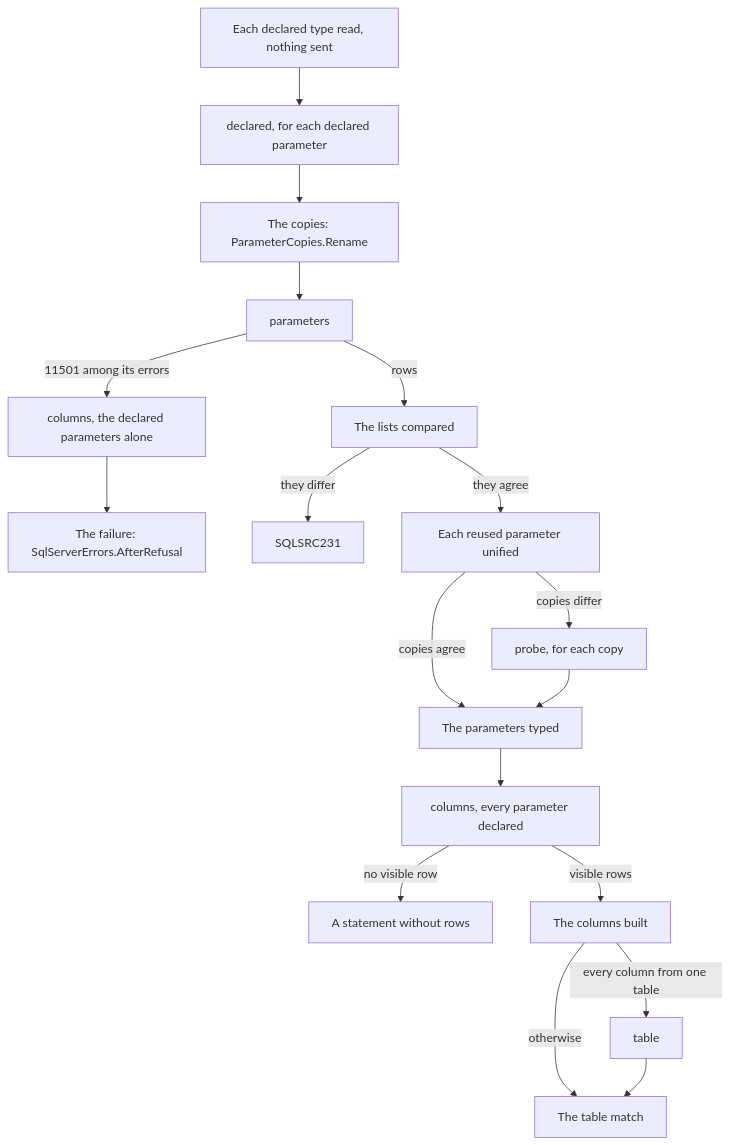
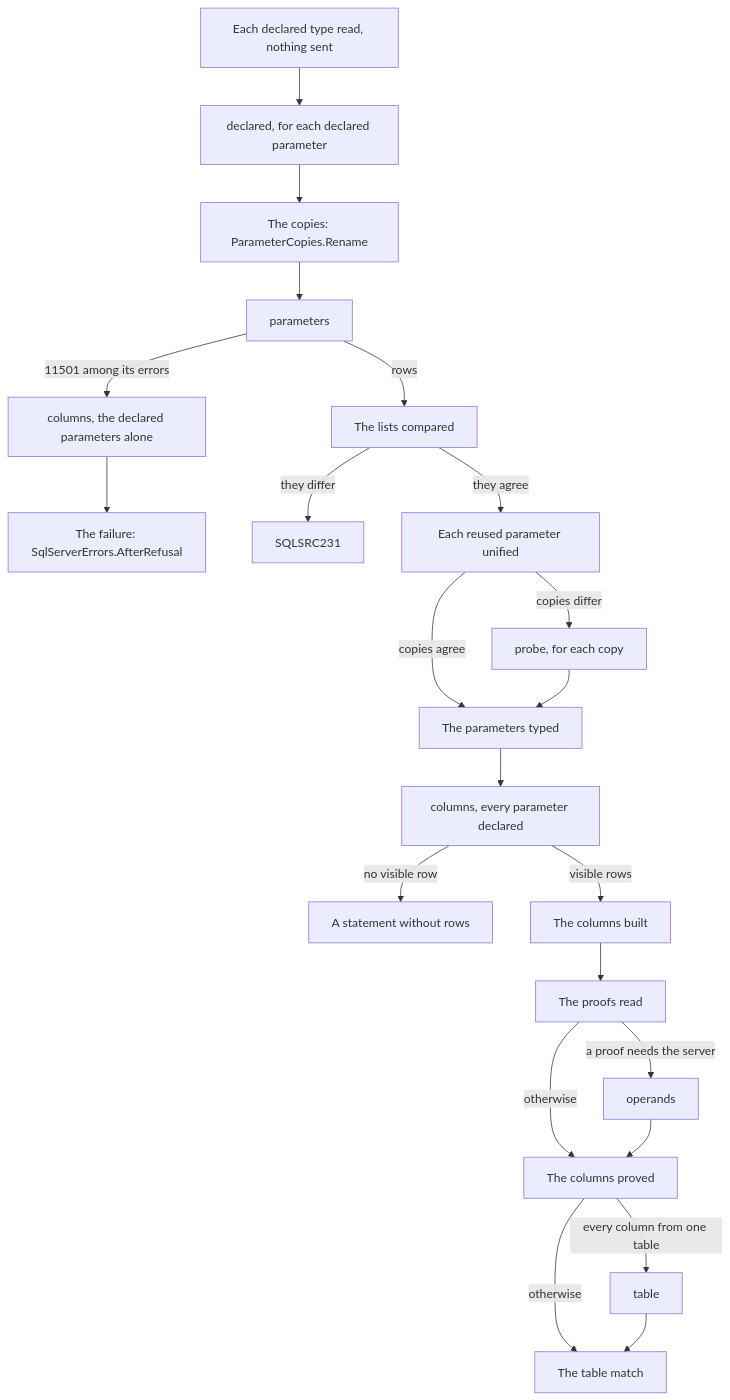
Before and after one commit to mbcrawfo/SqlSource: the diagram in docs/architecture/sqlserver-describer.md, drawn with Mermaid. The commit also changed other lines of this file and 16 other files, not shown here.

First line of the commit message:
Document the SQL Server nullability proofs and narrow TD-0071 to what remains

````diff
--- a/docs/architecture/sqlserver-describer.md
+++ b/docs/architecture/sqlserver-describer.md
@@ -81,20 +95,24 @@
 ```mermaid
 flowchart TD
     read["Each declared type read, nothing sent"] --> declared["declared, for each declared parameter"]
     declared --> rename["The copies: ParameterCopies.Rename"]
     rename --> parameters
     parameters -->|"11501 among its errors"| refusal["columns, the declared parameters alone"]
     refusal --> after["The failure: SqlServerErrors.AfterRefusal"]
     parameters -->|"rows"| lists["The lists compared"]
     lists -->|"they differ"| sqlsrc231["SQLSRC231"]
     lists -->|"they agree"| unify["Each reused parameter unified"]
     unify -->|"copies agree"| typed["The parameters typed"]
     unify -->|"copies differ"| probe["probe, for each copy"]
     probe --> typed
     typed --> columns["columns, every parameter declared"]
     columns -->|"no visible row"| none["A statement without rows"]
     columns -->|"visible rows"| built["The columns built"]
-    built -->|"every column from one table"| table
-    built -->|"otherwise"| match["The table match"]
+    built --> proofs["The proofs read"]
+    proofs -->|"a proof needs the server"| operands
+    proofs -->|"otherwise"| proved["The columns proved"]
+    operands --> proved
+    proved -->|"every column from one table"| table
+    proved -->|"otherwise"| match["The table match"]
     table --> match
 ```
````
